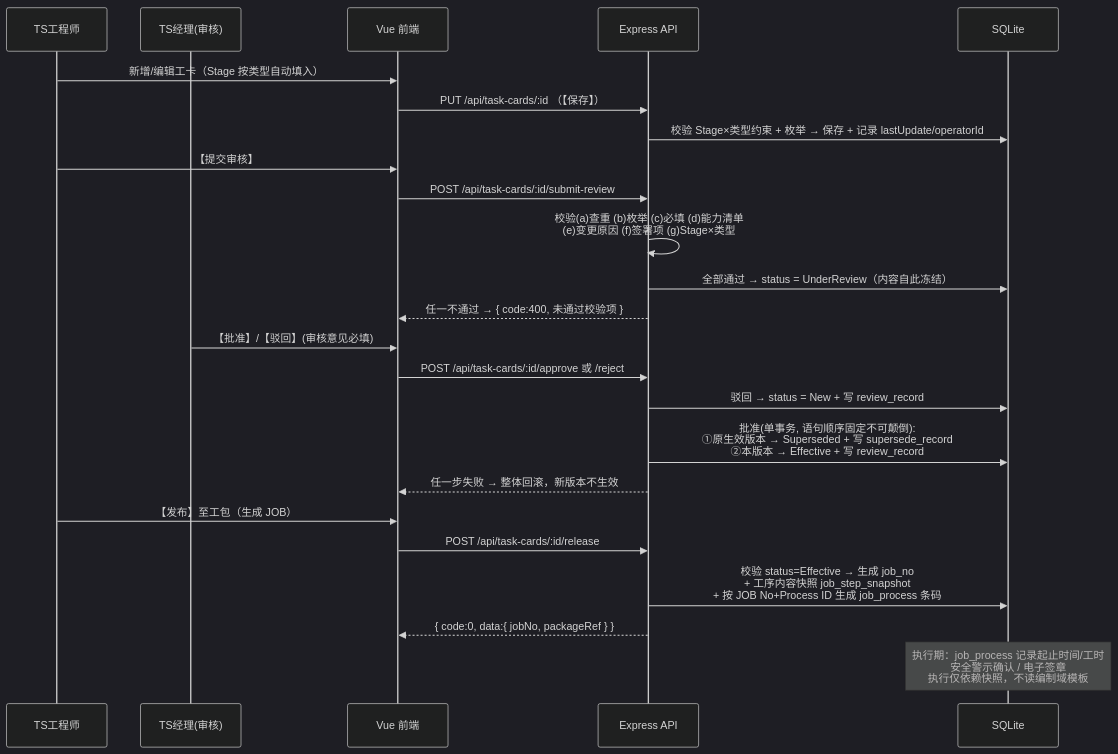
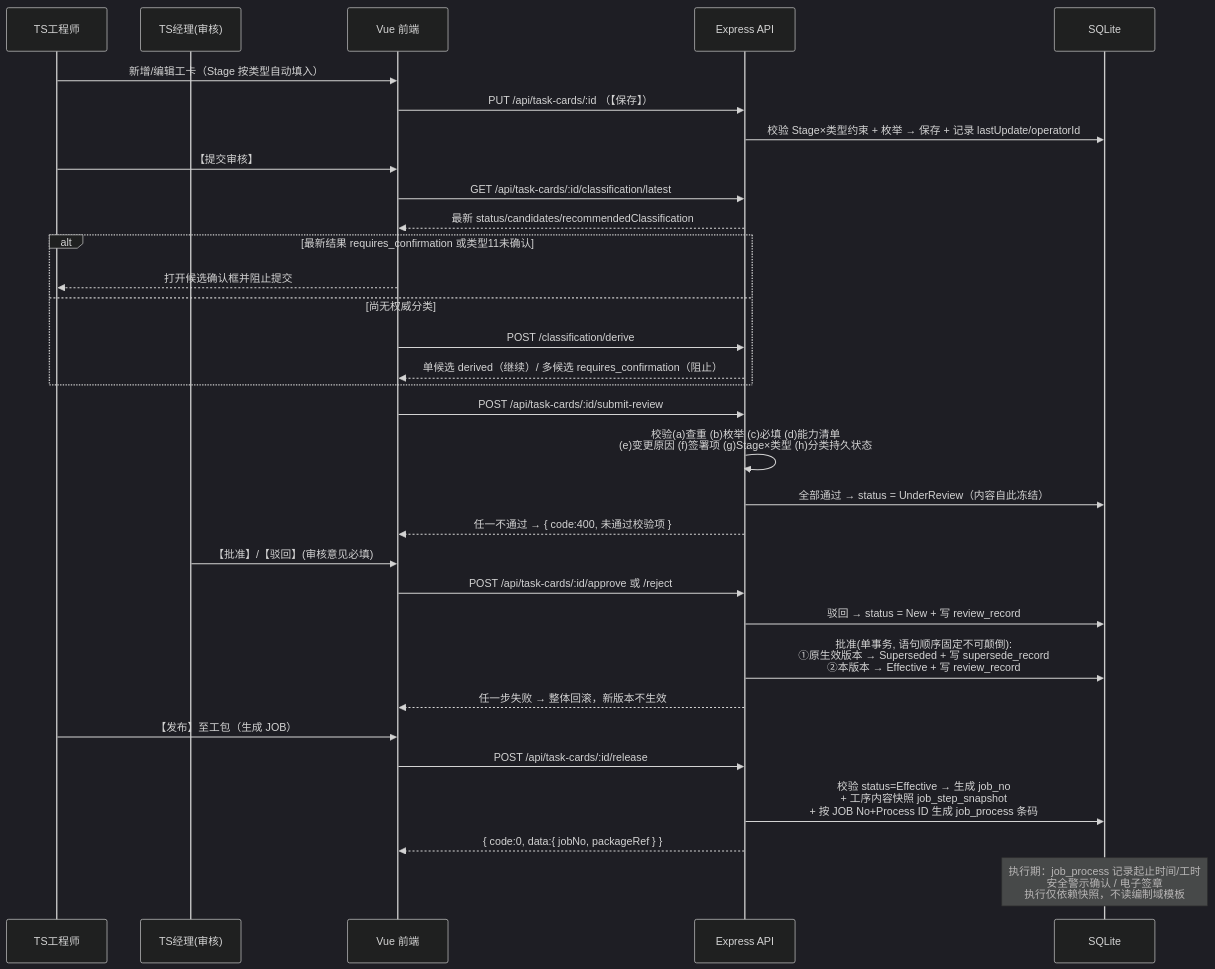
Before and after one commit to tingxin/HAECO-MES-TS: the second of 2 diagrams in .kiro/specs/task-card-management/design.md, drawn with Mermaid (dark theme). The commit also changed other lines of this file and 30 other files, not shown here.

````diff
--- a/.kiro/specs/task-card-management/design.md
+++ b/.kiro/specs/task-card-management/design.md
@@ -179,27 +179,35 @@
 ```mermaid
 sequenceDiagram
   participant U as TS工程师
   participant M as TS经理(审核)
   participant W as Vue 前端
   participant A as Express API
   participant D as SQLite
 
   U->>W: 新增/编辑工卡（Stage 按类型自动填入）
   W->>A: PUT /api/task-cards/:id （【保存】）
   A->>D: 校验 Stage×类型约束 + 枚举 → 保存 + 记录 lastUpdate/operatorId
   U->>W: 【提交审核】
+  W->>A: GET /api/task-cards/:id/classification/latest
+  A-->>W: 最新 status/candidates/recommendedClassification
+  alt 最新结果 requires_confirmation 或类型11未确认
+    W-->>U: 打开候选确认框并阻止提交
+  else 尚无权威分类
+    W->>A: POST /classification/derive
+    A-->>W: 单候选 derived（继续）/ 多候选 requires_confirmation（阻止）
+  end
   W->>A: POST /api/task-cards/:id/submit-review
-  A->>A: 校验(a)查重 (b)枚举 (c)必填 (d)能力清单<br/>(e)变更原因 (f)签署项 (g)Stage×类型
+  A->>A: 校验(a)查重 (b)枚举 (c)必填 (d)能力清单<br/>(e)变更原因 (f)签署项 (g)Stage×类型 (h)分类持久状态
   A->>D: 全部通过 → status = UnderReview（内容自此冻结）
   A-->>W: 任一不通过 → { code:400, 未通过校验项 }
   M->>W: 【批准】/【驳回】(审核意见必填)
   W->>A: POST /api/task-cards/:id/approve 或 /reject
   A->>D: 驳回 → status = New + 写 review_record
   A->>D: 批准(单事务, 语句顺序固定不可颠倒):<br/>①原生效版本 → Superseded + 写 supersede_record<br/>②本版本 → Effective + 写 review_record
   A-->>W: 任一步失败 → 整体回滚，新版本不生效
   U->>W: 【发布】至工包（生成 JOB）
   W->>A: POST /api/task-cards/:id/release
   A->>D: 校验 status=Effective → 生成 job_no<br/>+ 工序内容快照 job_step_snapshot<br/>+ 按 JOB No+Process ID 生成 job_process 条码
   A-->>W: { code:0, data:{ jobNo, packageRef } }
   Note over D: 执行期：job_process 记录起止时间/工时<br/>安全警示确认 / 电子签章<br/>执行仅依赖快照，不读编制域模板
 ```
````
